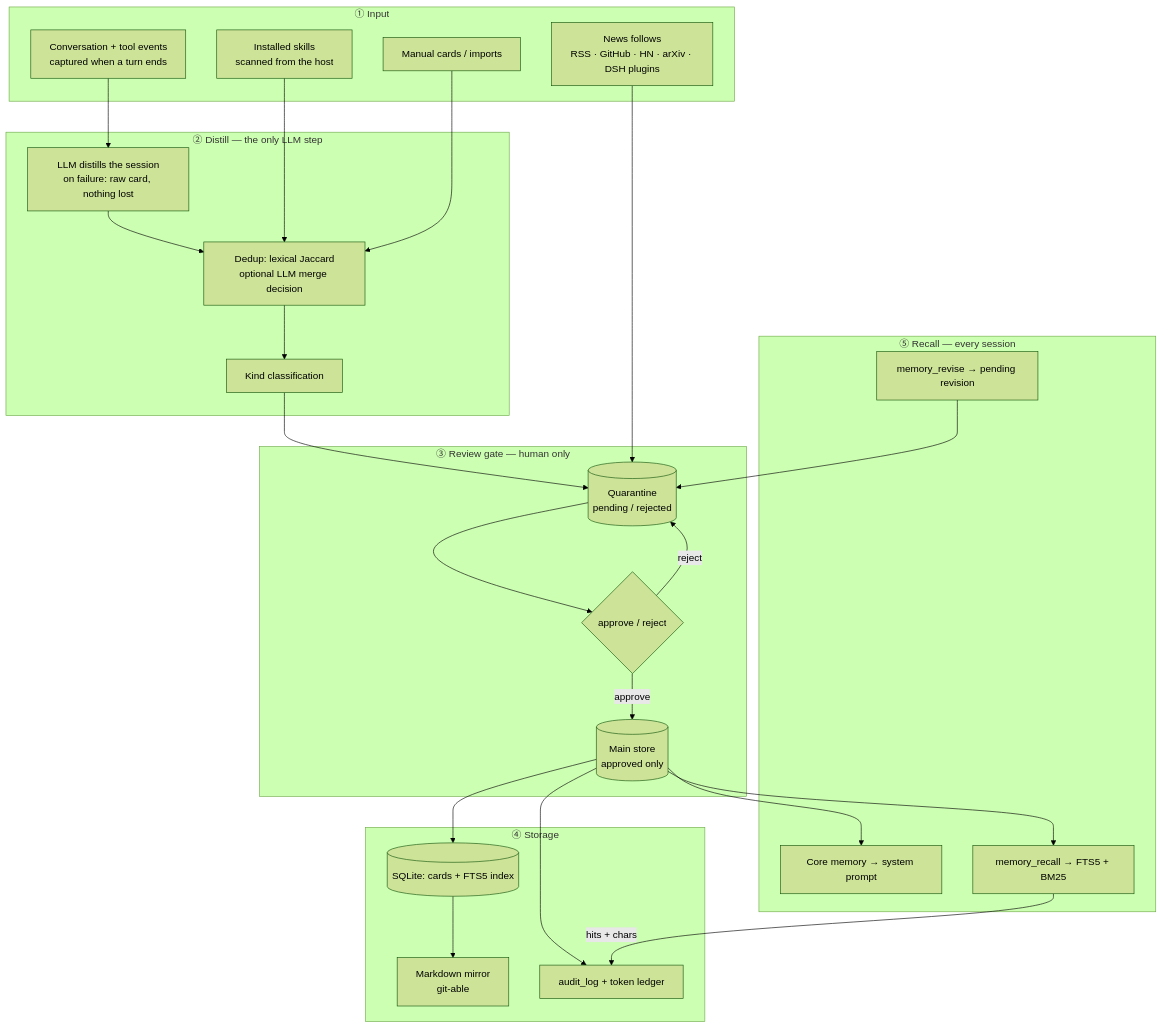
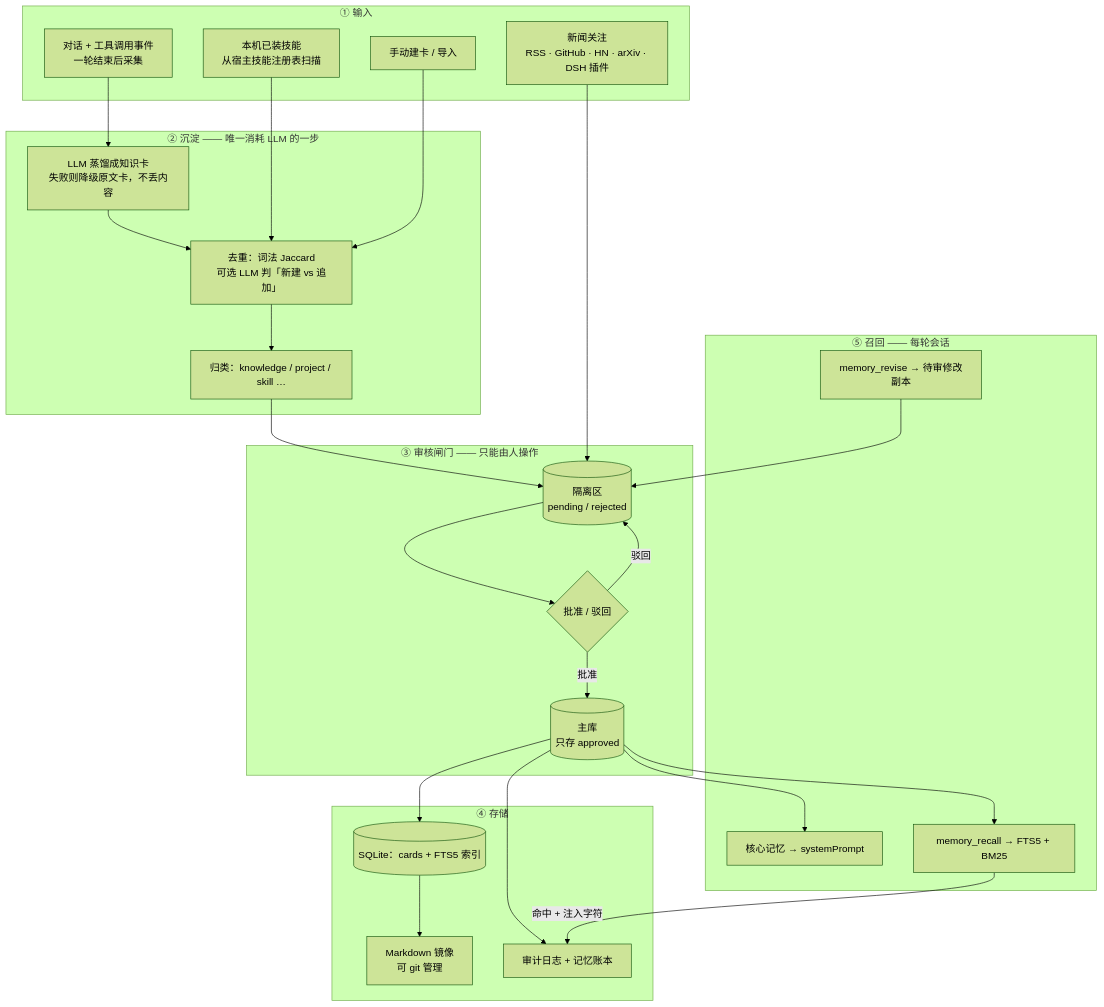
The first of 2 diagrams in data/readmes/EternalNight996__memory-eternal.md (zqf20096327/dbhub_collect), drawn with Mermaid (forest theme) before and after one commit. The commit also changed other lines of this file and 689 other files, not shown here.

````diff
--- a/data/readmes/EternalNight996__memory-eternal.md
+++ b/data/readmes/EternalNight996__memory-eternal.md
@@ -69,43 +86,43 @@
 ```mermaid
 flowchart TD
-  subgraph S1["① Input"]
-    A1["Conversation + tool events<br/>captured when a turn ends"]
-    A2["Installed skills<br/>scanned from the host"]
-    A3["News follows<br/>RSS · GitHub · HN · arXiv · DSH plugins"]
-    A4["Manual cards / imports"]
+  subgraph S1["① 输入"]
+    A1["对话 + 工具调用事件<br/>一轮结束后采集"]
+    A2["本机已装技能<br/>从宿主技能注册表扫描"]
+    A3["新闻关注<br/>RSS · GitHub · HN · arXiv · DSH 插件"]
+    A4["手动建卡 / 导入"]
   end
-  subgraph S2["② Distill — the only LLM step"]
-    B1["LLM distills the session<br/>on failure: raw card, nothing lost"]
-    B2["Dedup: lexical Jaccard<br/>optional LLM merge decision"]
-    B3["Kind classification"]
+  subgraph S2["② 沉淀 —— 唯一消耗 LLM 的一步"]
+    B1["LLM 蒸馏成知识卡<br/>失败则降级原文卡，不丢内容"]
+    B2["去重：词法 Jaccard<br/>可选 LLM 判「新建 vs 追加」"]
+    B3["归类：knowledge / project / skill …"]
   end
-  subgraph S3["③ Review gate — human only"]
-    C1[("Quarantine<br/>pending / rejected")]
-    C2{"approve / reject"}
-    C3[("Main store<br/>approved only")]
+  subgraph S3["③ 审核闸门 —— 只能由人操作"]
+    C1[("隔离区<br/>pending / rejected")]
+    C2{"批准 / 驳回"}
+    C3[("主库<br/>只存 approved")]
   end
-  subgraph S4["④ Storage"]
-    D1[("SQLite: cards + FTS5 index")]
-    D2["Markdown mirror<br/>git-able"]
-    D3["audit_log + token ledger"]
+  subgraph S4["④ 存储"]
+    D1[("SQLite：cards + FTS5 索引")]
+    D2["Markdown 镜像<br/>可 git 管理"]
+    D3["审计日志 + 记忆账本"]
   end
-  subgraph S5["⑤ Recall — every session"]
-    E1["Core memory → system prompt"]
+  subgraph S5["⑤ 召回 —— 每轮会话"]
+    E1["核心记忆 → systemPrompt"]
     E2["memory_recall → FTS5 + BM25"]
-    E3["memory_revise → pending revision"]
+    E3["memory_revise → 待审修改副本"]
   end
   A1 --> B1 --> B2 --> B3 --> C1
   A2 --> B2
   A3 --> C1
   A4 --> B2
   C1 --> C2
-  C2 -->|approve| C3
-  C2 -->|reject| C1
+  C2 -->|批准| C3
+  C2 -->|驳回| C1
   C3 --> D1
   D1 --> D2
   C3 --> D3
   C3 --> E1
   C3 --> E2
-  E2 -->|hits + chars| D3
+  E2 -->|命中 + 注入字符| D3
   E3 --> C1
 ```
````
